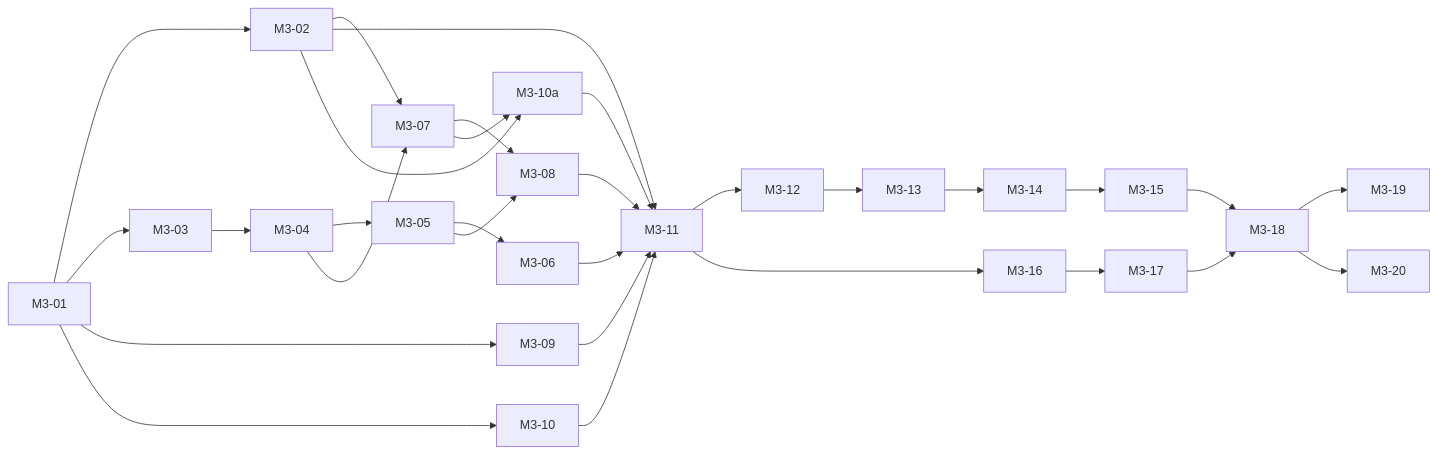
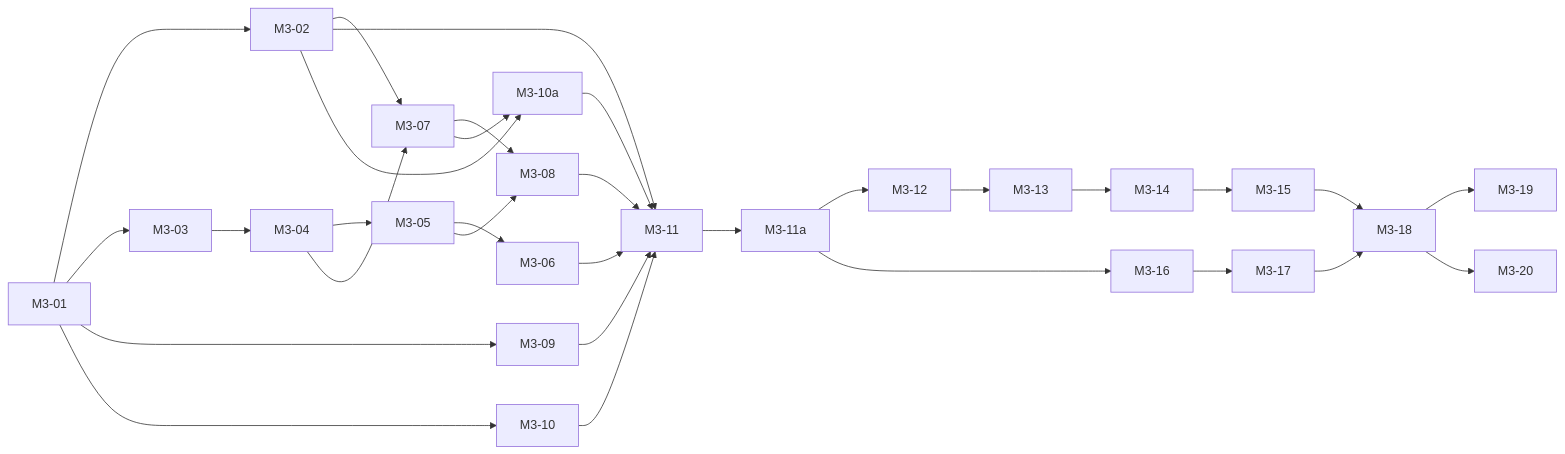
Before and after one commit to felipintoslv/jangada: the diagram in docs/modularizacao-3.0/04-backlog.md, drawn with Mermaid. The commit also changed other lines of this file and 2 other files, not shown here.

````diff
--- a/docs/modularizacao-3.0/04-backlog.md
+++ b/docs/modularizacao-3.0/04-backlog.md
@@ -41,32 +43,33 @@
 ```mermaid
 flowchart LR
   M01["M3-01"] --> M02["M3-02"]
   M01 --> M03["M3-03"]
   M03 --> M04["M3-04"]
   M04 --> M05["M3-05"]
   M05 --> M06["M3-06"]
   M04 --> M07["M3-07"]
   M02 --> M07
   M05 --> M08
   M07 --> M08["M3-08"]
   M01 --> M09["M3-09"]
   M01 --> M10["M3-10"]
   M02 --> M11["M3-11"]
   M06 --> M11
   M08 --> M11
   M09 --> M11
   M10 --> M11
   M02 --> M10a["M3-10a"]
   M07 --> M10a
   M10a --> M11
-  M11 --> M12["M3-12"]
+  M11 --> M11a["M3-11a"]
+  M11a --> M12["M3-12"]
   M12 --> M13["M3-13"]
   M13 --> M14["M3-14"]
   M14 --> M15["M3-15"]
-  M11 --> M16["M3-16"]
+  M11a --> M16["M3-16"]
   M16 --> M17["M3-17"]
   M15 --> M18["M3-18"]
   M17 --> M18
   M18 --> M19["M3-19"]
   M18 --> M20["M3-20"]
 ```
````
